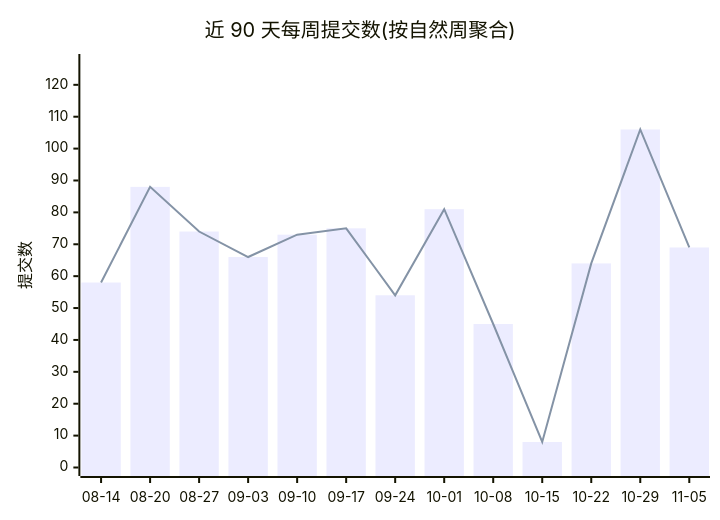
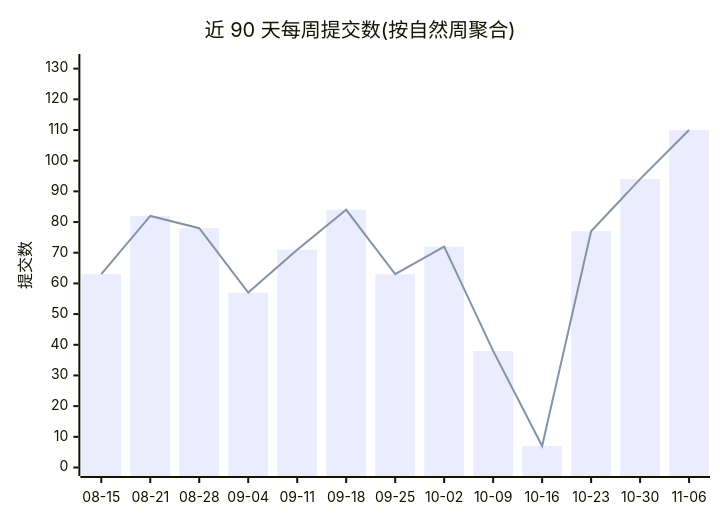
One commit to Conflux-Union/.github changed the first of 2 diagrams in profile/README.md. Above: the diagram before and after it, drawn with Mermaid. The commit also changed other lines of this file and 1 other file, not shown here.

````diff
--- a/profile/README.md
+++ b/profile/README.md
@@ -47,8 +47,8 @@
 ```mermaid
 xychart-beta
     title "近 90 天每周提交数(按自然周聚合)"
-    x-axis ["08-14", "08-20", "08-27", "09-03", "09-10", "09-17", "09-24", "10-01", "10-08", "10-15", "10-22", "10-29", "11-05"]
-    y-axis "提交数" 0 --> 127
-    bar [58, 88, 74, 66, 73, 75, 54, 81, 45, 8, 64, 106, 69]
-    line [58, 88, 74, 66, 73, 75, 54, 81, 45, 8, 64, 106, 69]
+    x-axis ["08-15", "08-21", "08-28", "09-04", "09-11", "09-18", "09-25", "10-02", "10-09", "10-16", "10-23", "10-30", "11-06"]
+    y-axis "提交数" 0 --> 132
+    bar [63, 82, 78, 57, 71, 84, 63, 72, 38, 7, 77, 94, 110]
+    line [63, 82, 78, 57, 71, 84, 63, 72, 38, 7, 77, 94, 110]
 ```
````
